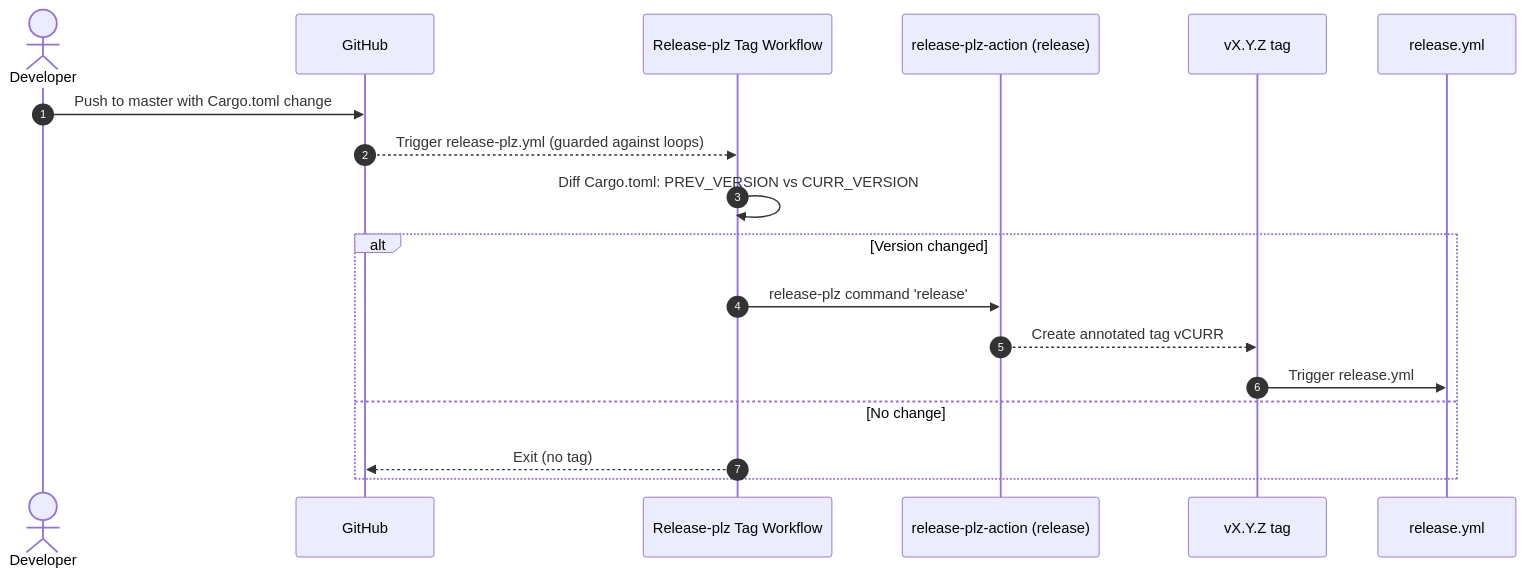
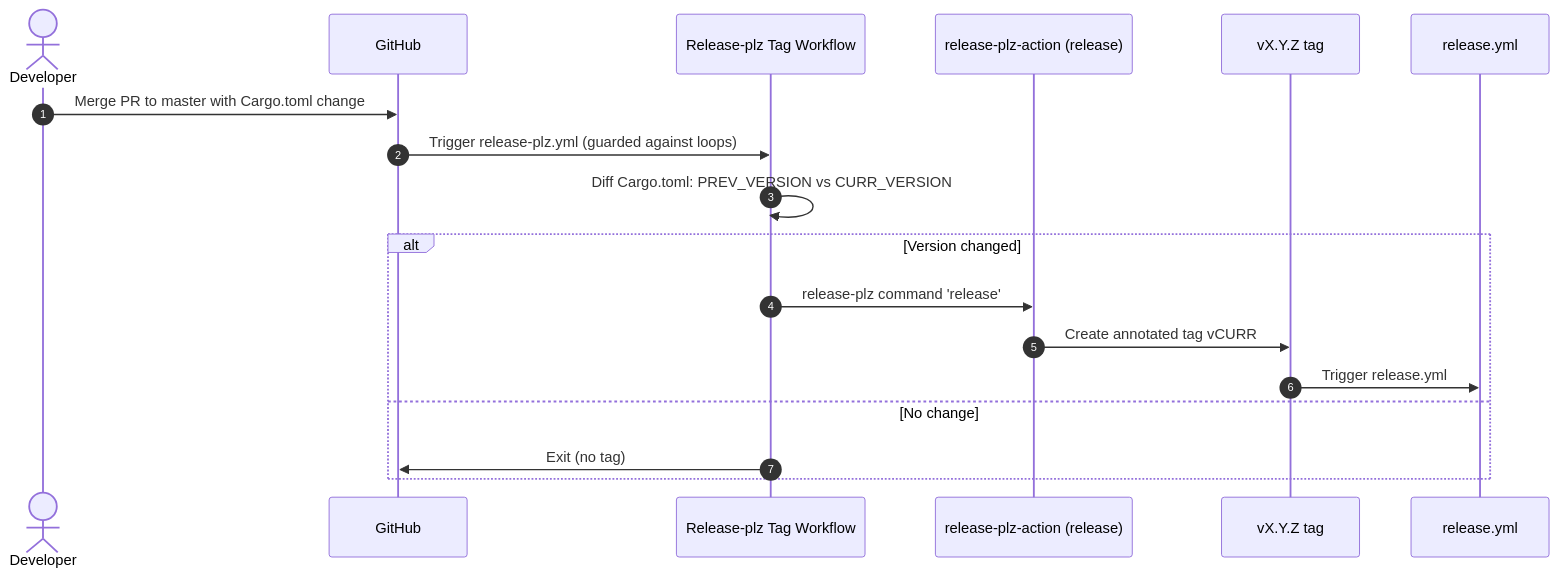
Before and after one commit to nutthead/ruloc: the sixth of 10 diagrams in docs/reports/02-analyze-ci.md, drawn with Mermaid. The commit also changed other lines of this file, not shown here.

First line of the commit message:
docs(reports): Add comprehensive workflow diagrams to CI analysis

````diff
--- a/docs/reports/02-analyze-ci.md
+++ b/docs/reports/02-analyze-ci.md
@@ -179,21 +241,21 @@
 ```mermaid
 sequenceDiagram
   autonumber
   actor Dev as Developer
   participant GH as GitHub
   participant W as Release-plz Tag Workflow
   participant RP as release-plz-action (release)
   participant Tag as vX.Y.Z tag
   participant Rel as release.yml
 
-  Dev->>GH: Push to master with Cargo.toml change
-  GH-->>W: Trigger release-plz.yml (guarded against loops)
+  Dev->>GH: Merge PR to master with Cargo.toml change
+  GH->>W: Trigger release-plz.yml (guarded against loops)
   W->>W: Diff Cargo.toml: PREV_VERSION vs CURR_VERSION
   alt Version changed
     W->>RP: release-plz command 'release'
-    RP-->>Tag: Create annotated tag vCURR
+    RP->>Tag: Create annotated tag vCURR
     Tag->>Rel: Trigger release.yml
   else No change
-    W-->>GH: Exit (no tag)
+    W->>GH: Exit (no tag)
   end
 ```
````
